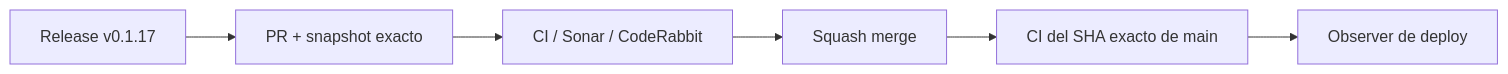
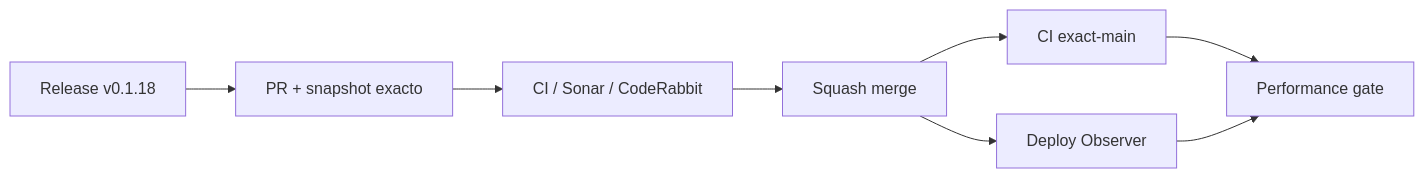
One commit to pl0n3r/brvtal changed the diagram in README.md. Above: the diagram before and after it, drawn with Mermaid. The commit also changed other lines of this file and 8 other files, not shown here.

First line of the commit message:
perf: unify production performance with deploy evidence (#567)

````diff
--- a/README.md
+++ b/README.md
@@ -47,8 +47,10 @@
 ```mermaid
 flowchart LR
- A["Release v0.1.17"] --> P["PR + snapshot exacto"]
+ A["Release v0.1.18"] --> P["PR + snapshot exacto"]
  P --> Q["CI / Sonar / CodeRabbit"]
  Q --> M["Squash merge"]
- M --> X["CI del SHA exacto de main"]
- X --> O["Observer de deploy"]
+ M --> X["CI exact-main"]
+ M --> O["Deploy Observer"]
+ X --> R["Performance gate"]
+ O --> R
 ```
````
